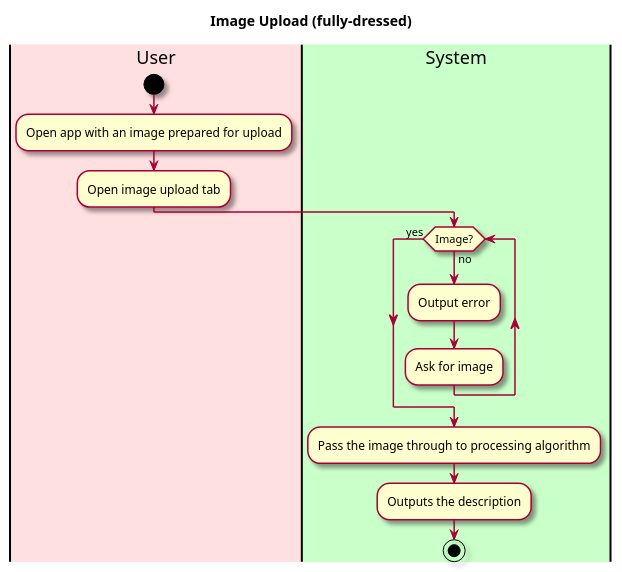
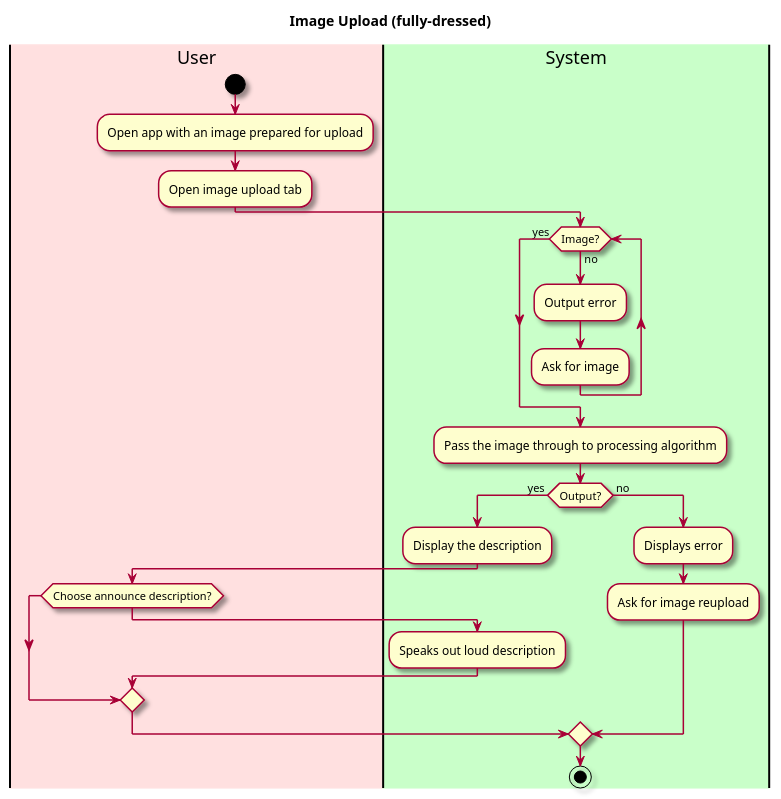
One commit to tonyh1306/OBRE-Vision-through-a-screen changed the diagram in intellij/doc/use-cases/process-image.md. Above: the diagram before and after it, drawn with PlantUML. The commit also changed other lines of this file and 3 other files, not shown here.

````diff
--- a/intellij/doc/use-cases/process-image.md
+++ b/intellij/doc/use-cases/process-image.md
@@ -35,28 +35,38 @@
 ```plantuml
 @startuml
 
 skin rose
 
 title Image Upload (fully-dressed)
 
 'define the lanes
 |#implementation|User|
 |#technology|System|
 
 |User|
 start
 :Open app with an image prepared for upload;
 :Open image upload tab;
 
 |System|
 while (Image?) is (no) 
   :Output error;
   :Ask for image;  
 endwhile(yes)
 
 :Pass the image through to processing algorithm;
-:Outputs the description;
-
+if (Output?) is ( yes ) then
+    :Display the description;
+    
+    |User|
+    if (Choose announce description?) then
+    |System|
+    :Speaks out loud description;
+    endif
+else ( no )
+:Displays error;
+:Ask for image reupload;
+endif
 stop
 @enduml
 ```
````
